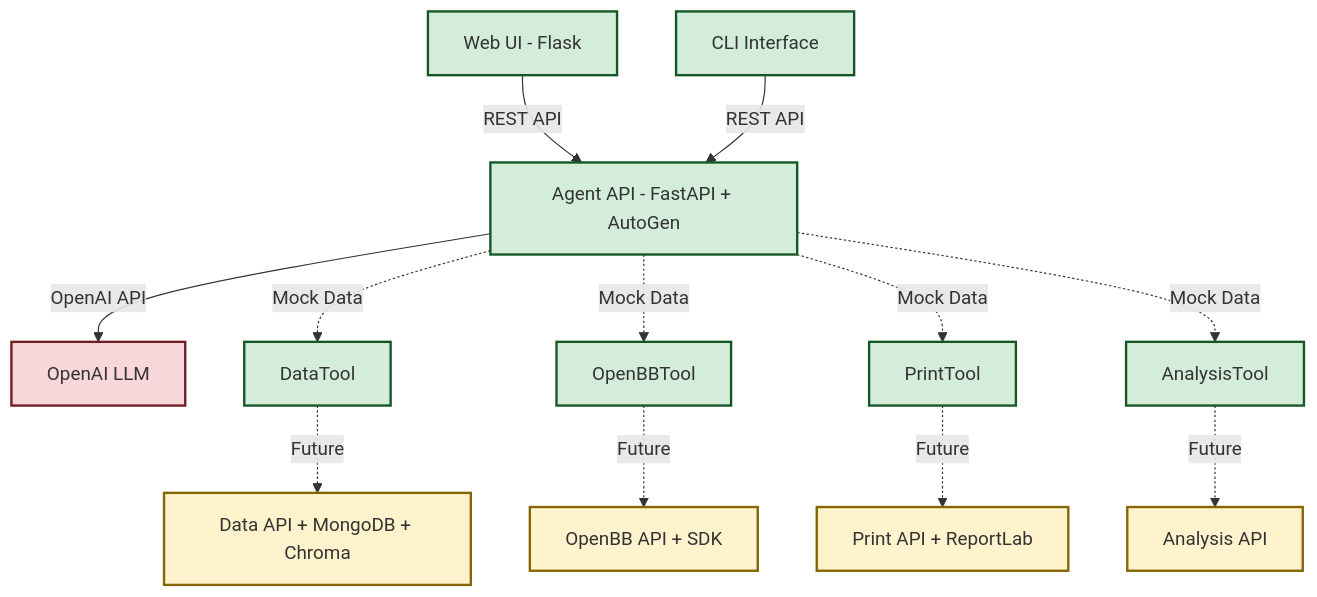
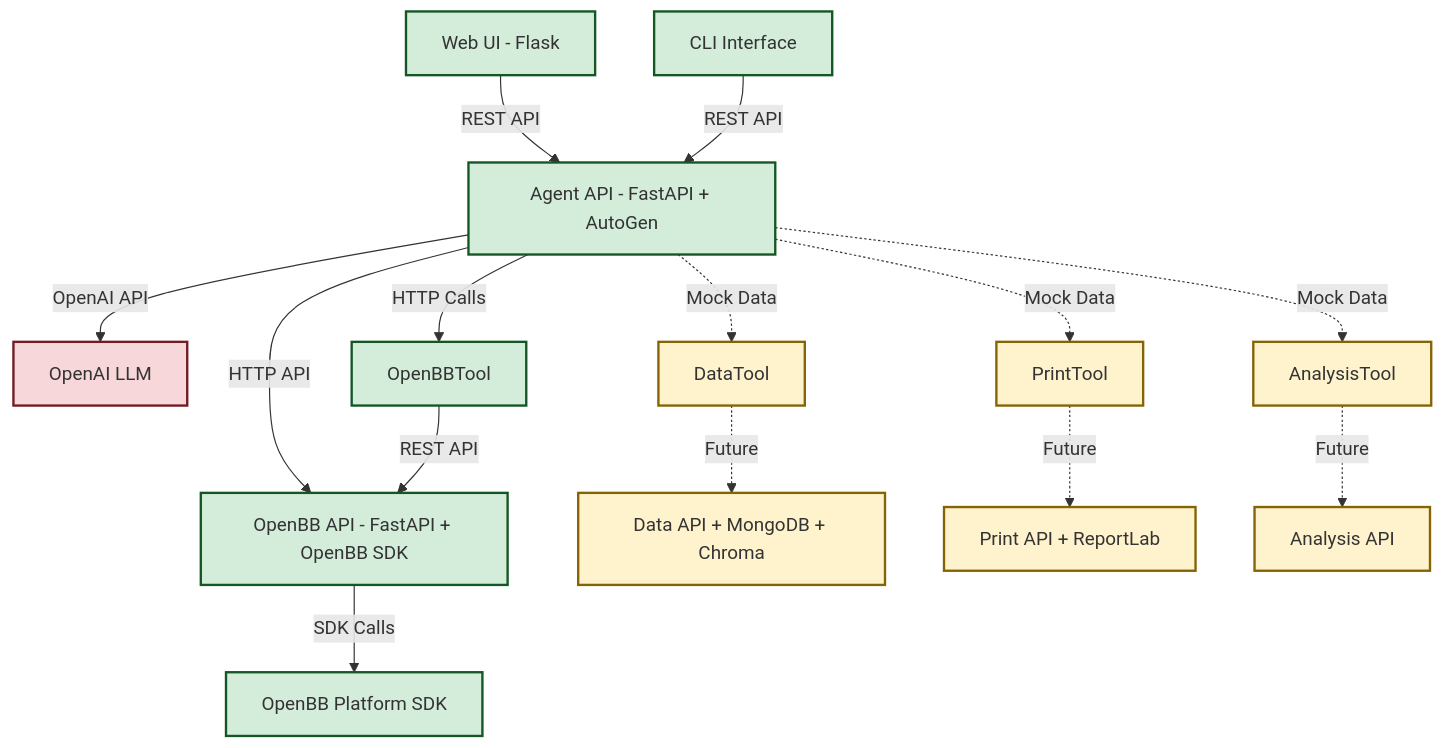
One commit to axler8r/InvestRCompose changed the diagram in docs/architecture.md. Above: the diagram before and after it, drawn with Mermaid. The commit also changed other lines of this file, not shown here.

First line of the commit message:
doc: update architecture documentation for completed OpenBB microservice

````diff
--- a/docs/architecture.md
+++ b/docs/architecture.md
@@ -108,32 +118,38 @@
 ```mermaid
 flowchart TD
     A[Web UI - Flask]
     B[Agent API - FastAPI + AutoGen]
     C[CLI Interface]
+    O[OpenBB API - FastAPI + OpenBB SDK]
 
     %% Current Implementation (Solid lines)
     A -->|REST API| B
     C -->|REST API| B
     B -->|OpenAI API| G[OpenAI LLM]
+    B -->|HTTP API| O
 
-    %% Integrated Tools (Dashed lines - Mock Data)
+    %% Agent Tools (Mixed implementation)
     B -.->|Mock Data| T1[DataTool]
-    B -.->|Mock Data| T2[OpenBBTool]
+    B -->|HTTP Calls| T2[OpenBBTool]
     B -.->|Mock Data| T3[PrintTool]
     B -.->|Mock Data| T4[AnalysisTool]
 
+    %% OpenBB Service Integration (Solid lines)
+    T2 -->|REST API| O
+    O -->|SDK Calls| OBB[OpenBB Platform SDK]
+
     %% Future Services (Dotted lines)
     T1 -.->|Future| D[Data API + MongoDB + Chroma]
-    T2 -.->|Future| O[OpenBB API + SDK]
     T3 -.->|Future| P[Print API + ReportLab]
     T4 -.->|Future| An[Analysis API]
 
     %% Styling
     classDef implemented fill:#d4edda,stroke:#155724,stroke-width:2px
     classDef planned fill:#fff3cd,stroke:#856404,stroke-width:2px
     classDef external fill:#f8d7da,stroke:#721c24,stroke-width:2px
 
-    class A,B,C,T1,T2,T3,T4 implemented
-    class D,O,P,An planned
+    class A,B,C,O,T2,OBB implemented
+    class T1,T3,T4 planned
+    class D,P,An planned
     class G external
 ```
````
